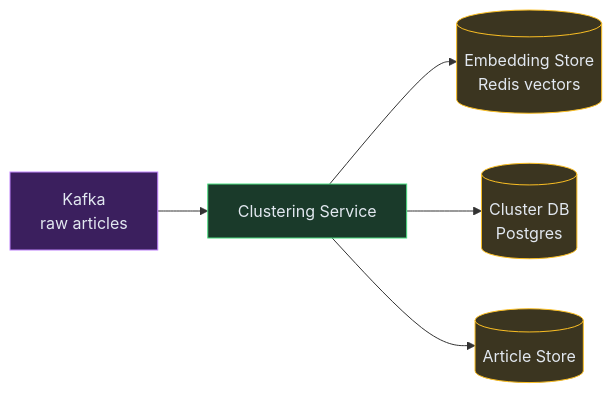
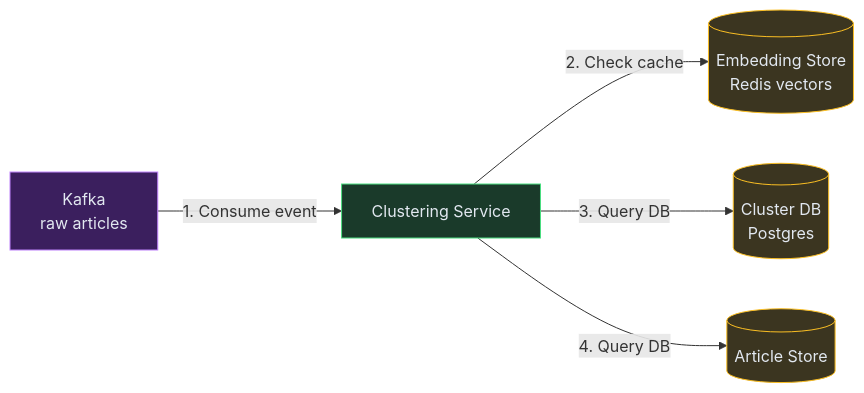
The third of 7 diagrams in content/hld/NewsAggregator.md (iluzn/HLD-Designs), drawn with Mermaid before and after one commit. The commit also changed other lines of this file and 27 other files, not shown here.

````diff
--- a/content/hld/NewsAggregator.md
+++ b/content/hld/NewsAggregator.md
@@ -201,17 +201,17 @@
 ```mermaid
 flowchart LR
     KF["Kafka<br/>raw articles"]:::async
     CLUSTER["Clustering Service"]:::service
     EMBED[("Embedding Store<br/>Redis vectors")]:::data
     CLUSTERDB[("Cluster DB<br/>Postgres")]:::data
     STORE[("Article Store")]:::data
 
-    KF --> CLUSTER
-    CLUSTER --> EMBED
-    CLUSTER --> CLUSTERDB
-    CLUSTER --> STORE
+    KF -->|"1. Consume event"| CLUSTER
+    CLUSTER -->|"2. Check cache"| EMBED
+    CLUSTER -->|"3. Query DB"| CLUSTERDB
+    CLUSTER -->|"4. Query DB"| STORE
 
     classDef service fill:#1a3a2a,stroke:#4ade80,color:#e2e8f0
     classDef data fill:#3b3520,stroke:#fbbf24,color:#e2e8f0
     classDef async fill:#3b1f5e,stroke:#c084fc,color:#e2e8f0
 ```
````
